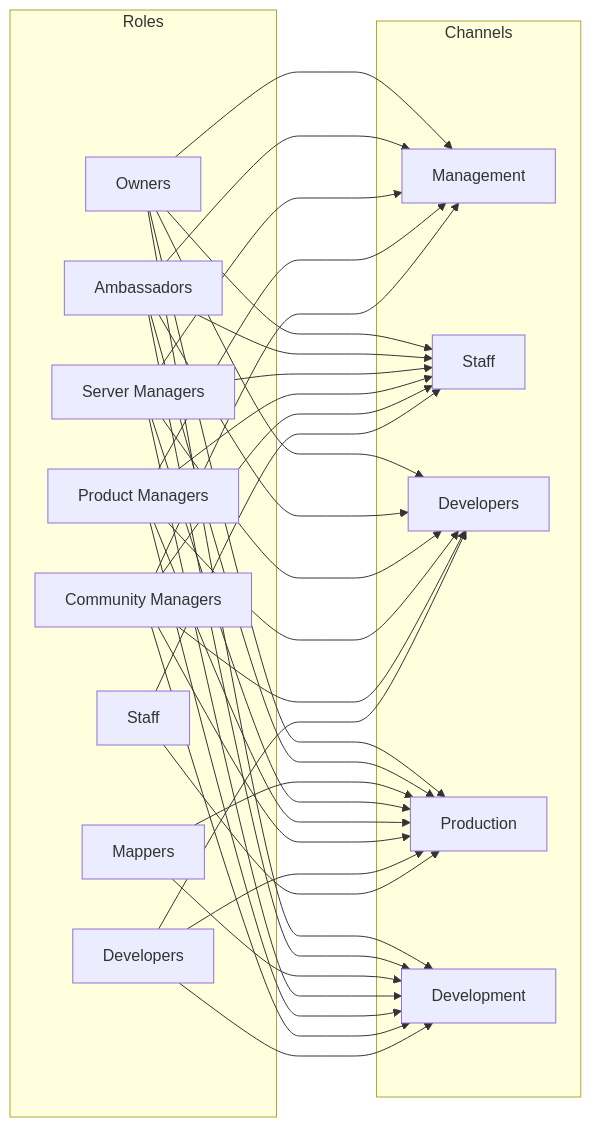
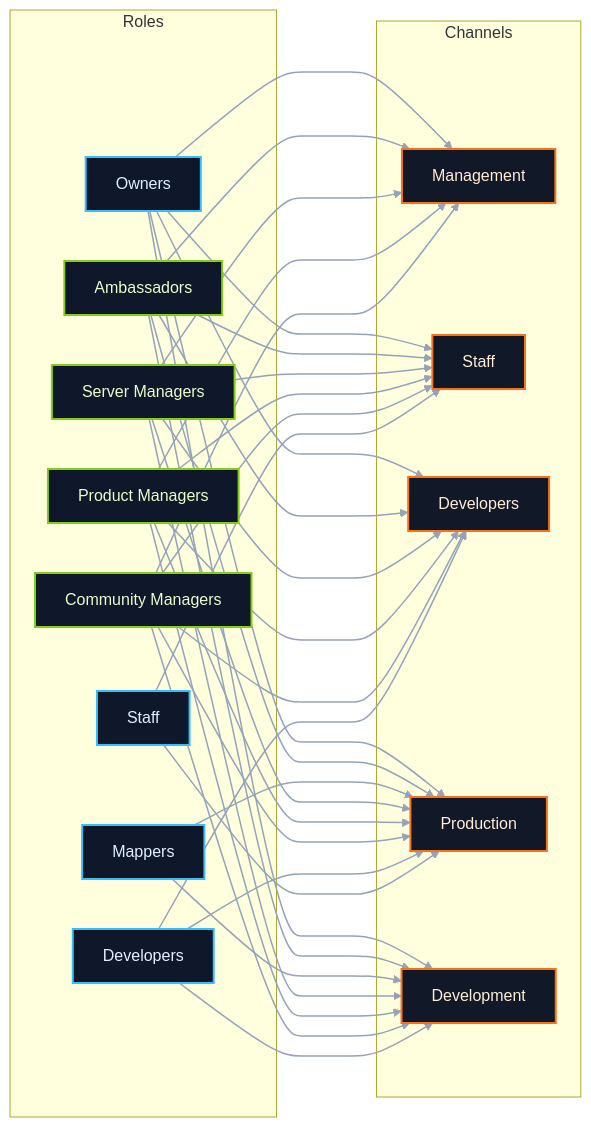
Before and after one commit to UDL-TF/Organization: the diagram in infrastructure/permissions.md, drawn with Mermaid.

Commit message:
Enhance permissions diagram with role and channel styling for improved readability

````diff
--- a/infrastructure/permissions.md
+++ b/infrastructure/permissions.md
@@ -41,59 +41,69 @@
 ```mermaid
 flowchart LR
 	subgraph Roles
 		OWN[Owners]
 		STF[Staff]
 		DEV[Developers]
 		CM[Community Managers]
 		PM[Product Managers]
 		SM[Server Managers]
 		MAP[Mappers]
 		AMB[Ambassadors]
 	end
 
 	subgraph Channels
 		CH_MAN[Management]
 		CH_STF[Staff]
 		CH_DEV[Developers]
 		CH_PROD[Production]
 		CH_DEVT[Development]
 	end
 
 	%% Management cohort visibility (Owners also covered below)
 	CM ---> CH_MAN
 	PM ---> CH_MAN
 	SM ---> CH_MAN
 	AMB ---> CH_MAN
 	OWN ---> CH_MAN
 
 	STF ---> CH_STF
 	CM ---> CH_STF
 	PM ---> CH_STF
 	SM ---> CH_STF
 	AMB ---> CH_STF
 	OWN ---> CH_STF
 
 	DEV ---> CH_DEV
 	CM ---> CH_DEV
 	PM ---> CH_DEV
 	SM ---> CH_DEV
 	AMB ---> CH_DEV
 	OWN ---> CH_DEV
 
 	STF ---> CH_PROD
 	DEV ---> CH_PROD
 	CM ---> CH_PROD
 	PM ---> CH_PROD
 	SM ---> CH_PROD
 	MAP ---> CH_PROD
 	AMB ---> CH_PROD
 	OWN ---> CH_PROD
 
 	DEV ---> CH_DEVT
 	CM ---> CH_DEVT
 	PM ---> CH_DEVT
 	SM ---> CH_DEVT
 	MAP ---> CH_DEVT
 	AMB ---> CH_DEVT
 	OWN ---> CH_DEVT
+
+	classDef role fill:#0f172a,stroke:#38bdf8,stroke-width:2px,color:#e0f2fe;
+	classDef channel fill:#111827,stroke:#f97316,stroke-width:2px,color:#ffedd5;
+	classDef cohort fill:#0f172a,stroke:#84cc16,stroke-width:2px,color:#ecfccb;
+	class OWN,STF,DEV,MAP role;
+	class CM,PM,SM,AMB cohort;
+	class CH_MAN,CH_STF,CH_DEV,CH_PROD,CH_DEVT channel;
+
+	%% Soften the contrast of the connecting lines for dark theme readability
+	linkStyle default stroke:#94a3b8,stroke-width:1.5px;
 ```
````
